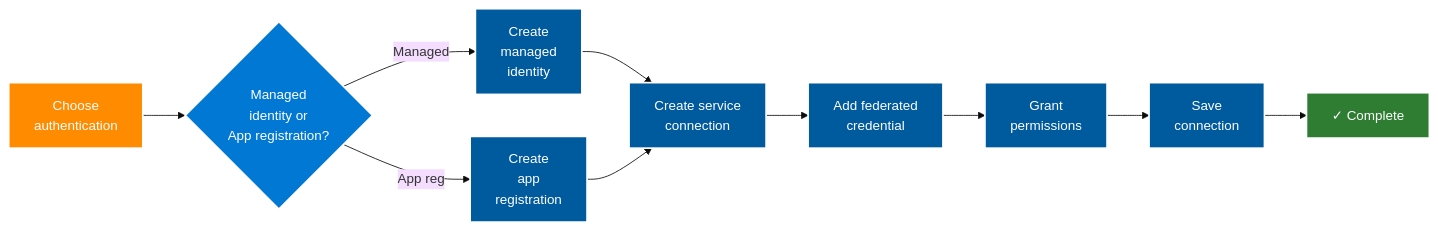
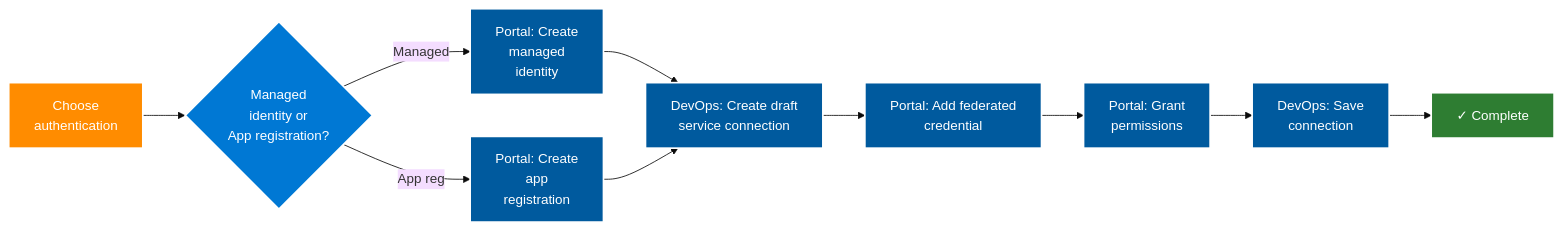
One commit to MicrosoftDocs/azure-devops-docs changed the diagram in docs/pipelines/release/media/workload-identity-service-connection.mmd. Above: the diagram before and after it, drawn with Mermaid (base theme). The commit also changed 1 other file, not shown here.

Commit message:
Update graphic

```diff
--- a/docs/pipelines/release/media/workload-identity-service-connection.mmd
+++ b/docs/pipelines/release/media/workload-identity-service-connection.mmd
@@ -1,20 +1,20 @@
 graph LR
     A["Choose<br/>authentication"] --> B{"Managed<br/>identity or<br/>App registration?"}
-    B -->|Managed| C["Create<br/>managed<br/>identity"]
-    B -->|App reg| D["Create<br/>app<br/>registration"]
-    C --> E["Create service<br/>connection"]
+    B -->|Managed| C["Portal: Create<br/>managed<br/>identity"]
+    B -->|App reg| D["Portal: Create<br/>app<br/>registration"]
+    C --> E["DevOps: Create draft <br/>service connection"]
     D --> E
-    E --> F["Add federated<br/>credential"]
-    F --> G["Grant<br/>permissions"]
-    G --> H["Save<br/>connection"]
+    E --> F["Portal: Add federated<br/>credential"]
+    F --> G["Portal: Grant<br/>permissions"]
+    G --> H["DevOps: Save<br/>connection"]
     H --> I["✓ Complete"]
     
     style A fill:#ff8c00,color:#fff,stroke:#fff,stroke-width:2px
     style B fill:#0078d4,color:#fff,stroke:#fff,stroke-width:2px
     style C fill:#005a9e,color:#fff,stroke:#fff,stroke-width:2px
     style D fill:#005a9e,color:#fff,stroke:#fff,stroke-width:2px
     style E fill:#005a9e,color:#fff,stroke:#fff,stroke-width:2px
     style F fill:#005a9e,color:#fff,stroke:#fff,stroke-width:2px
     style G fill:#005a9e,color:#fff,stroke:#fff,stroke-width:2px
     style H fill:#005a9e,color:#fff,stroke:#fff,stroke-width:2px
     style I fill:#2e7d32,color:#fff,stroke:#fff,stroke-width:2px
```
